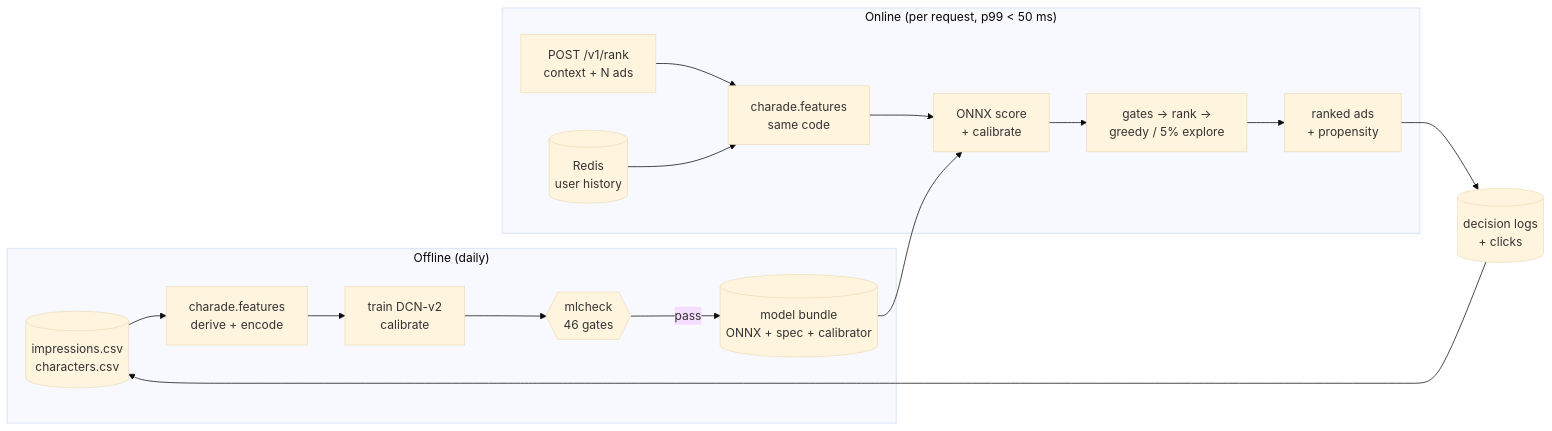
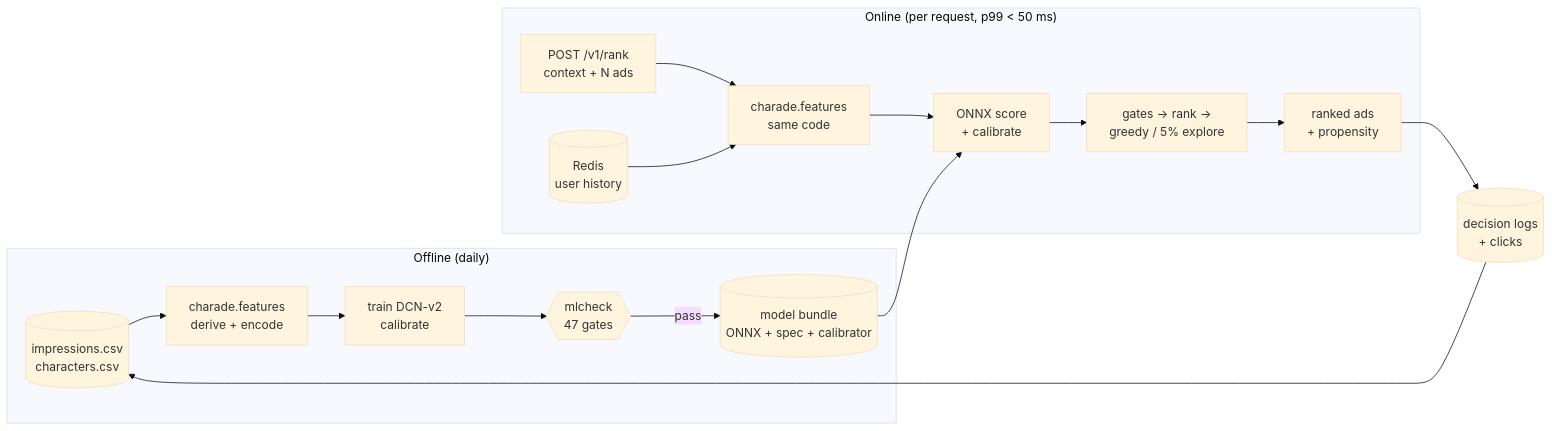
Before and after one commit to lucasbabur/charade: the diagram in README.md, drawn with Mermaid (base theme). The commit also changed other lines of this file and 9 other files, not shown here.

````diff
--- a/README.md
+++ b/README.md
@@ -5,17 +5,17 @@
 ```mermaid
 flowchart LR
     subgraph offline["Offline (daily)"]
         raw[(impressions.csv<br/>characters.csv)] --> feat1[charade.features<br/>derive + encode]
         feat1 --> train[train DCN-v2<br/>calibrate]
-        train --> gates{{mlcheck<br/>46 gates}}
+        train --> gates{{mlcheck<br/>47 gates}}
         gates -- pass --> bundle[(model bundle<br/>ONNX + spec + calibrator)]
     end
     subgraph online["Online (per request, p99 < 50 ms)"]
         req[POST /v1/rank<br/>context + N ads] --> feat2[charade.features<br/>same code]
         store[(Redis<br/>user history)] --> feat2
         bundle --> score[ONNX score<br/>+ calibrate]
         feat2 --> score --> policy[gates → rank →<br/>greedy / 5% explore]
         policy --> resp[ranked ads<br/>+ propensity]
     end
     resp --> log[(decision logs<br/>+ clicks)] --> raw
 ```
````
